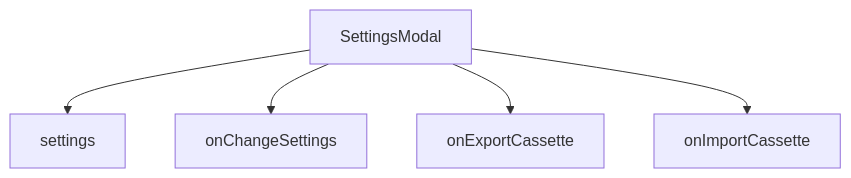
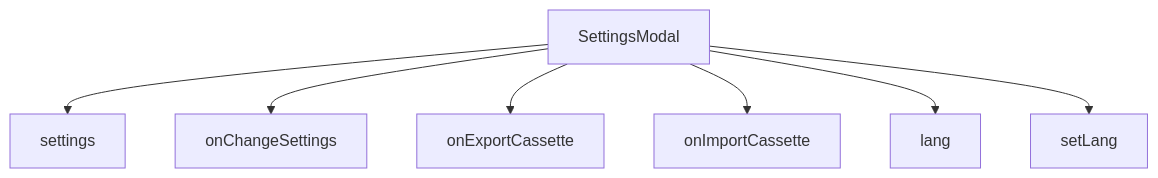
Before and after one commit to DovahkiinYuzuko/ddo-saba: the diagram in docs/variables'n'functions/TypeScript/SettingsModal.md, drawn with Mermaid. The commit also changed other lines of this file and 10 other files, not shown here.

````diff
--- a/docs/variables'n'functions/TypeScript/SettingsModal.md
+++ b/docs/variables'n'functions/TypeScript/SettingsModal.md
@@ -36,7 +38,9 @@
 ```mermaid
 graph TD
     SettingsModal --> settings
     SettingsModal --> onChangeSettings
     SettingsModal --> onExportCassette
     SettingsModal --> onImportCassette
+    SettingsModal --> lang
+    SettingsModal --> setLang
 ```
````
